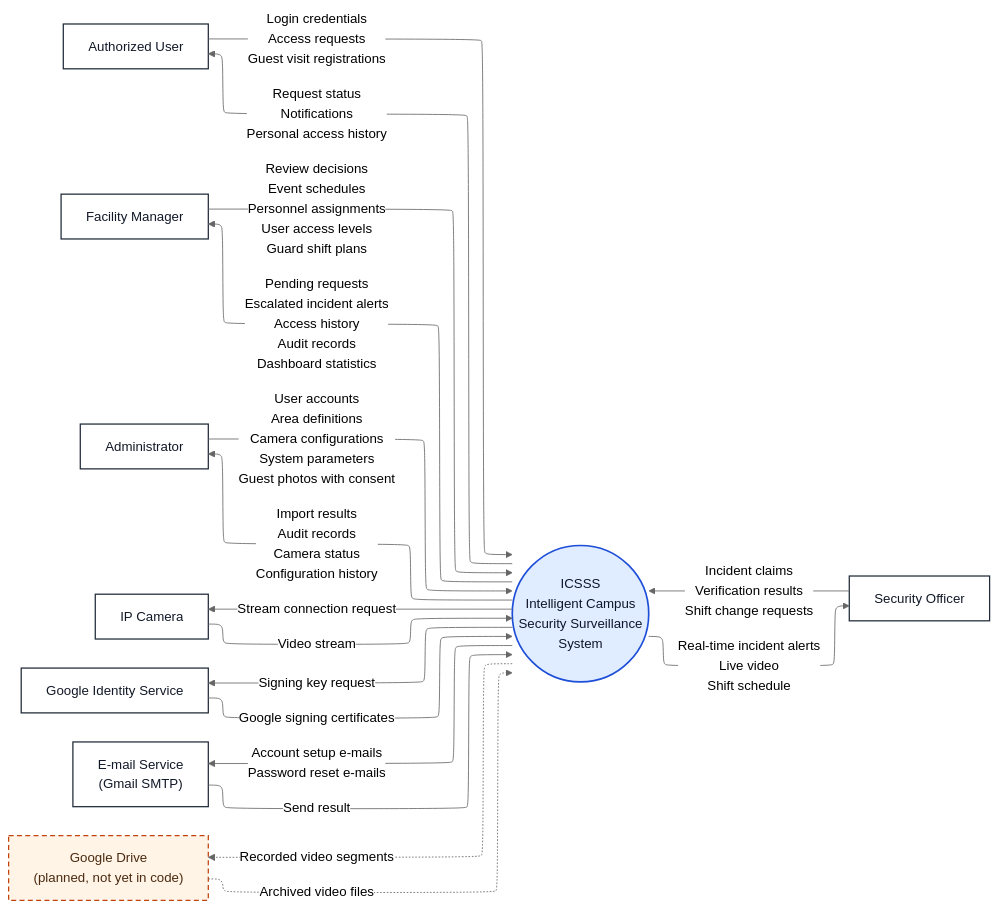
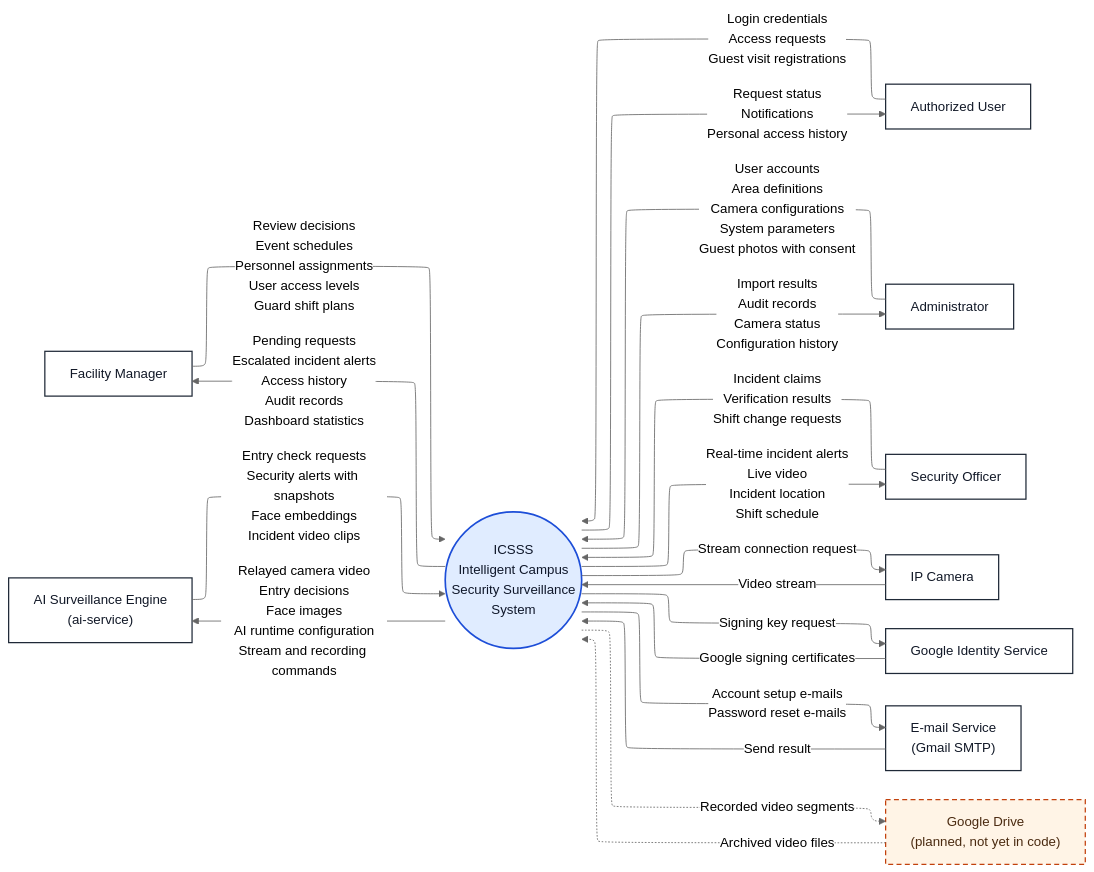
One commit to AnhHao2505/AI-Based-Intelligent-Campus-Security-Surveillance-System changed the diagram in docs/diagrams/context-diagram.mmd. Above: the diagram before and after it, drawn with Mermaid (neutral theme). The commit also changed 3 other files, not shown here.

Commit message:
docs(diagrams): add use case diagram, add AI engine to context diagram

```diff
--- a/docs/diagrams/context-diagram.mmd
+++ b/docs/diagrams/context-diagram.mmd
@@ -1,46 +1,50 @@
 ---
 config:
   layout: elk
 ---
-%% Title: CTX-01 Context diagram of ICSSS (level 0) · Source: controller/*.java (@PreAuthorize roles), security/GoogleTokenVerifier.java, service/NotificationService.java (JavaMailSender, Gmail SMTP), service/CameraConnectionService.java and MediaMtxService.java (RTSP), mobile/lib (Security Officer app) · Generated from main @ 84c7760
+%% Title: CTX-01 Context diagram of ICSSS (level 0) · Source: controller/*.java (@PreAuthorize roles), security/GoogleTokenVerifier.java, service/NotificationService.java (JavaMailSender, Gmail SMTP), service/CameraConnectionService.java and MediaMtxService.java (RTSP), mobile/lib (Security Officer app) · Updated 2026-10-27 (main @ b3e5ce6): AI Surveillance Engine drawn as an external entity (decision Q-2), ai-service/src/core/face_matcher.py (check-entry), ai-service/src/integration/kafka_producer.py (alerts), FaceDataService (face embeddings), CameraStreamLifecycleService (stream start/stop via MediaMTX), InternalAiController (runtime config)
 %% Notation: the system is one circle; every external entity is a separate rectangle; every flow is labelled with a noun (data, not an action).
 flowchart LR
     AU["Authorized User"]
     FM["Facility Manager"]
     AD["Administrator"]
     SO["Security Officer"]
 
     SYS(("ICSSS<br/>Intelligent Campus<br/>Security Surveillance<br/>System"))
 
+    AIE["AI Surveillance Engine<br/>(ai-service)"]
     CAM["IP Camera"]
     GID["Google Identity Service"]
     SMTP["E-mail Service<br/>(Gmail SMTP)"]
     GDR["Google Drive<br/>(planned, not yet in code)"]
 
     AU -->|"Login credentials<br/>Access requests<br/>Guest visit registrations"| SYS
     FM -->|"Review decisions<br/>Event schedules<br/>Personnel assignments<br/>User access levels<br/>Guard shift plans"| SYS
     AD -->|"User accounts<br/>Area definitions<br/>Camera configurations<br/>System parameters<br/>Guest photos with consent"| SYS
     SO -->|"Incident claims<br/>Verification results<br/>Shift change requests"| SYS
 
     SYS -->|"Request status<br/>Notifications<br/>Personal access history"| AU
     SYS -->|"Pending requests<br/>Escalated incident alerts<br/>Access history<br/>Audit records<br/>Dashboard statistics"| FM
     SYS -->|"Import results<br/>Audit records<br/>Camera status<br/>Configuration history"| AD
-    SYS -->|"Real-time incident alerts<br/>Live video<br/>Shift schedule"| SO
+    SYS -->|"Real-time incident alerts<br/>Live video<br/>Incident location<br/>Shift schedule"| SO
+
+    AIE -->|"Entry check requests<br/>Security alerts with snapshots<br/>Face embeddings<br/>Incident video clips"| SYS
+    SYS -->|"Relayed camera video<br/>Entry decisions<br/>Face images<br/>AI runtime configuration<br/>Stream and recording commands"| AIE
 
     SYS -->|"Stream connection request"| CAM
     CAM -->|"Video stream"| SYS
     SYS -->|"Signing key request"| GID
     GID -->|"Google signing certificates"| SYS
     SYS -->|"Account setup e-mails<br/>Password reset e-mails"| SMTP
     SMTP -->|"Send result"| SYS
 
     %% Planned: continuous recording archive (1-minute segments). Dashed = not implemented yet.
     SYS -.->|"Recorded video segments"| GDR
     GDR -.->|"Archived video files"| SYS
 
     classDef ext fill:#ffffff,stroke:#1f2937,stroke-width:1.5px,color:#111827
     classDef sys fill:#e0ecff,stroke:#1d4ed8,stroke-width:2px,color:#0f172a
-    class AU,FM,AD,SO,CAM,GID,SMTP ext
+    class AU,FM,AD,SO,AIE,CAM,GID,SMTP ext
     classDef planned fill:#fff4e6,stroke:#c2410c,stroke-width:1.5px,stroke-dasharray:6 4,color:#4a2a10
     class GDR planned
     class SYS sys
```
